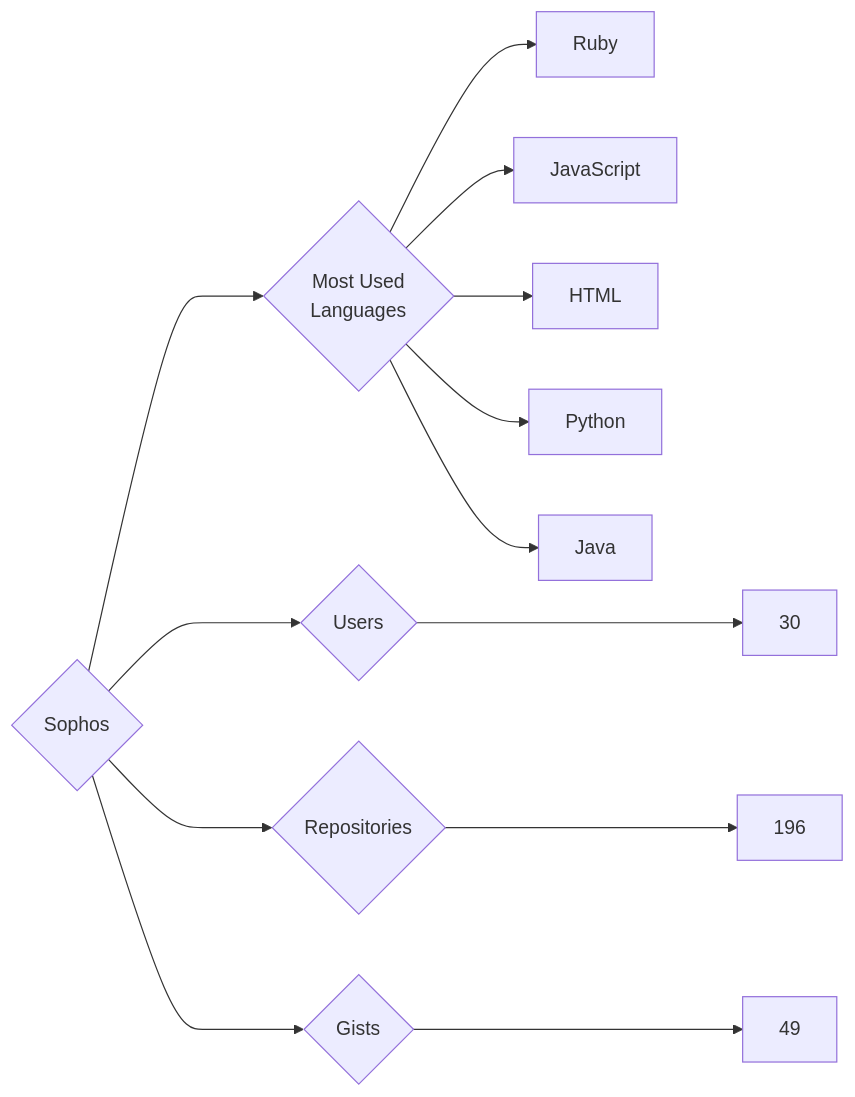
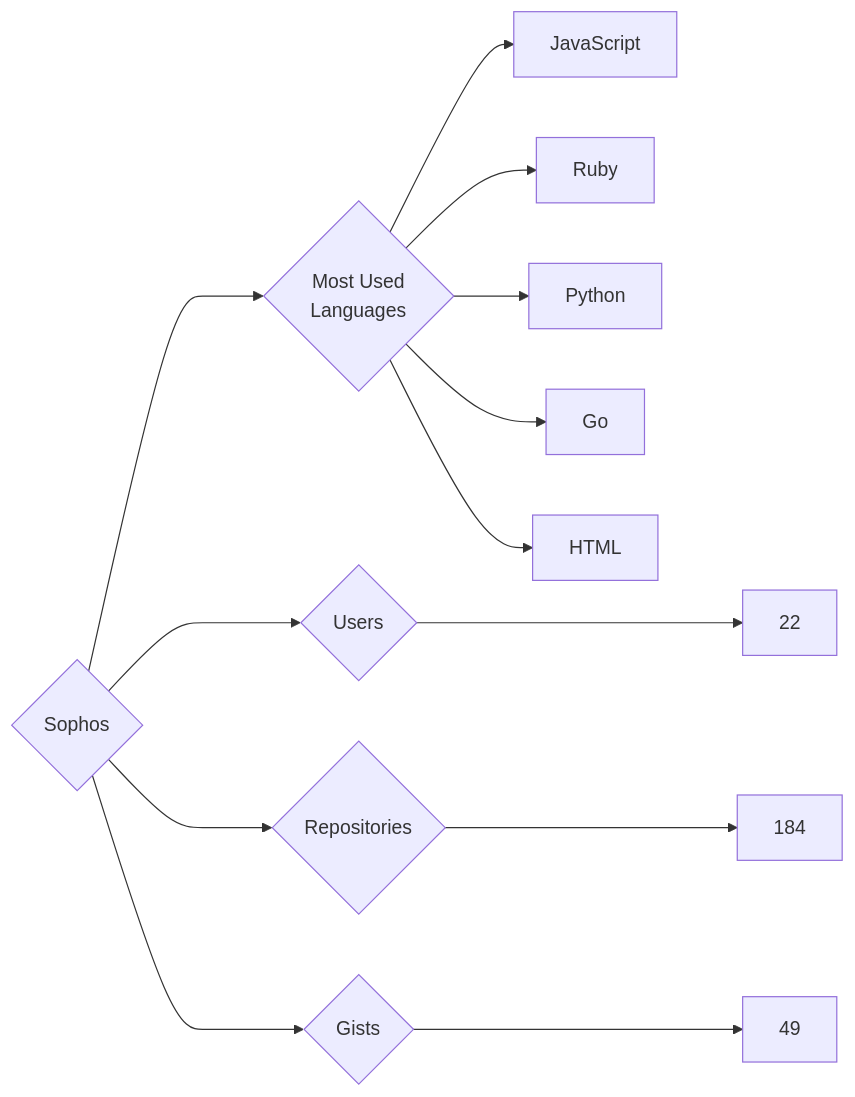
The diagram in targets/Sophos/README.md (trickest/insiders), drawn with Mermaid before and after one commit. The commit also changed 823 other files, not shown here.

````diff
--- a/targets/Sophos/README.md
+++ b/targets/Sophos/README.md
@@ -3,13 +3,13 @@
 ```mermaid
 graph LR
 COMPANY_NAME{Sophos}
-COMPANY_NAME ---> U{Users} ---> UN[30]
-COMPANY_NAME ---> R{Repositories} ---> RN[196]
+COMPANY_NAME ---> U{Users} ---> UN[22]
+COMPANY_NAME ---> R{Repositories} ---> RN[184]
 COMPANY_NAME ---> G{Gists} ---> GN[49]
 COMPANY_NAME ---> ML{Most Used<br>Languages}
+ML --> JavaScript[JavaScript]
 ML --> Ruby[Ruby]
-ML --> JavaScript[JavaScript]
+ML --> Python[Python]
+ML --> Go[Go]
 ML --> HTML[HTML]
-ML --> Python[Python]
-ML --> Java[Java]
 ```
````
